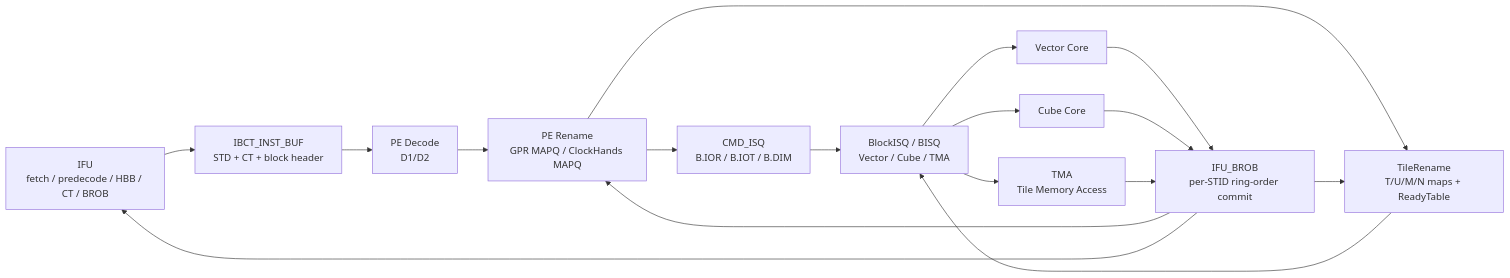
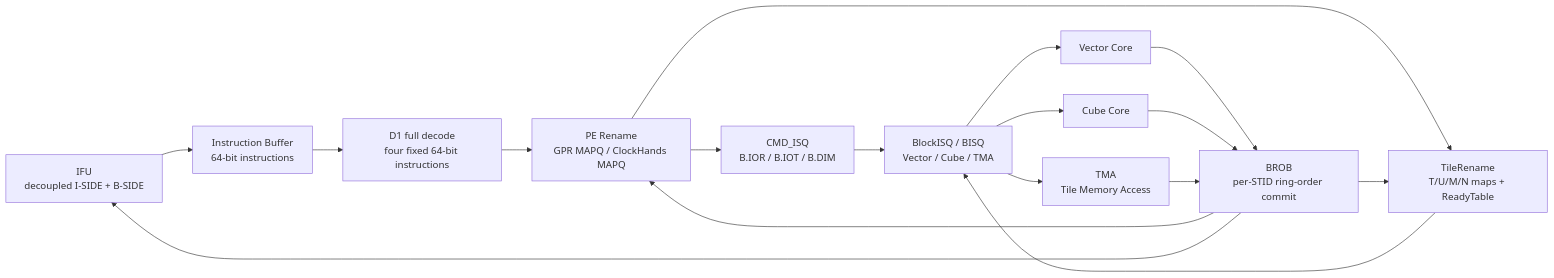
Before and after one commit to LinxISA/LinxCore: the diagram in docs/architecture/Janus/BCC/README.md, drawn with Mermaid. The commit also changed other lines of this file and 73 other files, not shown here.

````diff
--- a/docs/architecture/Janus/BCC/README.md
+++ b/docs/architecture/Janus/BCC/README.md
@@ -68,19 +68,19 @@
 ```mermaid
 flowchart LR
-  IFU["IFU<br/>fetch / predecode / HBB / CT / BROB"] --> IB["IBCT_INST_BUF<br/>STD + CT + block header"]
-  IB --> PE_D["PE Decode<br/>D1/D2"]
+  IFU["IFU<br/>decoupled I-SIDE + B-SIDE"] --> IB["Instruction Buffer<br/>64-bit instructions"]
+  IB --> PE_D["D1 full decode<br/>four fixed 64-bit instructions"]
   PE_D --> RN["PE Rename<br/>GPR MAPQ / ClockHands MAPQ"]
   RN --> CMD["CMD_ISQ<br/>B.IOR / B.IOT / B.DIM"]
   RN --> TR["TileRename<br/>T/U/M/N maps + ReadyTable"]
   CMD --> BISQ["BlockISQ / BISQ<br/>Vector / Cube / TMA"]
   TR --> BISQ
   BISQ --> VEC["Vector Core"]
   BISQ --> CUBE["Cube Core"]
   BISQ --> TMA["TMA<br/>Tile Memory Access"]
-  VEC --> BROB["IFU_BROB<br/>per-STID ring-order commit"]
+  VEC --> BROB["BROB<br/>per-STID ring-order commit"]
   CUBE --> BROB
   TMA --> BROB
   BROB --> TR
   BROB --> RN
   BROB --> IFU
 ```
````
